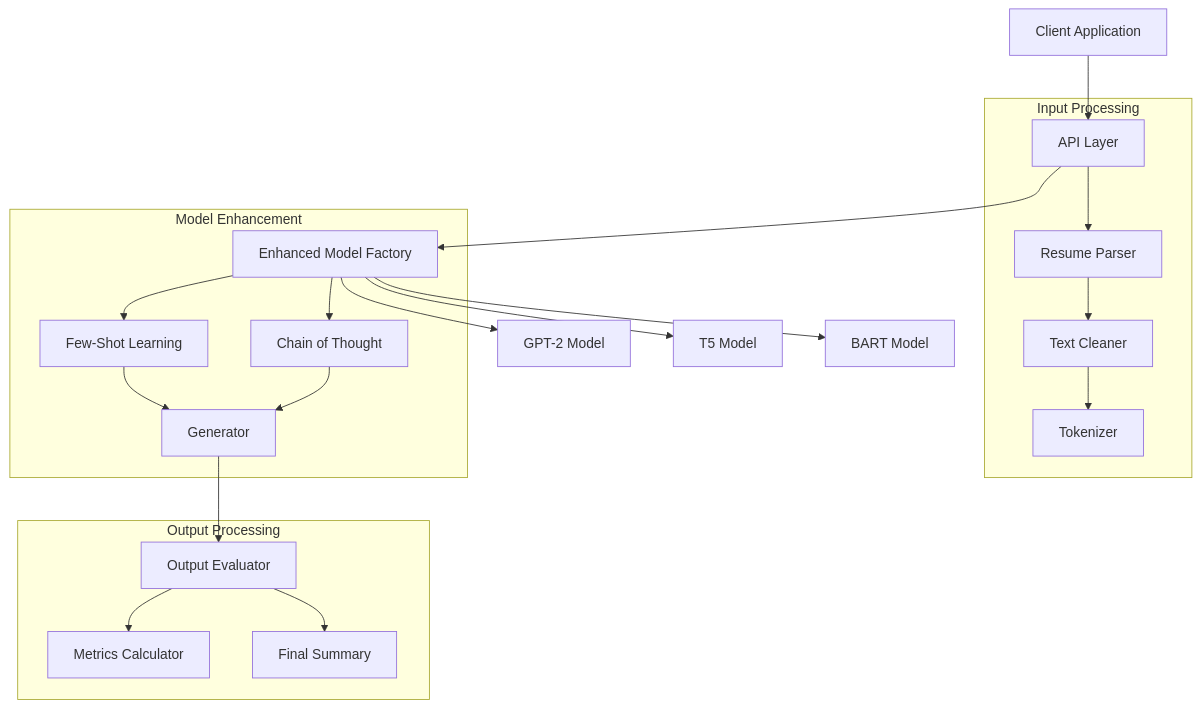
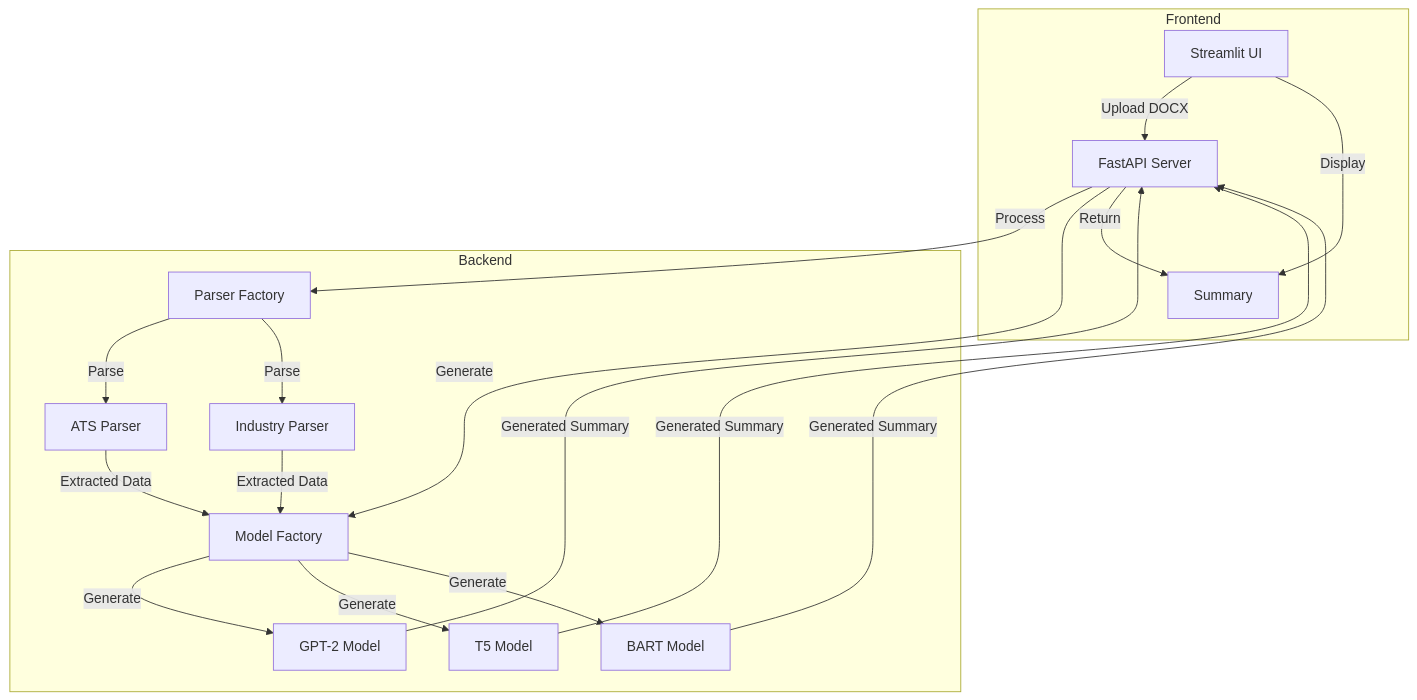
The first of 2 diagrams in README.md (anil14349/resume_ssummarization), drawn with Mermaid before and after one commit. The commit also changed other lines of this file and 11 other files, not shown here.

````diff
--- a/README.md
+++ b/README.md
@@ -7,28 +6,24 @@
 ```mermaid
 graph TD
-    Client[Client Application] --> API[API Layer]
-    API --> ModelFactory[Enhanced Model Factory]
-    
-    ModelFactory --> GPT2[GPT-2 Model]
-    ModelFactory --> T5[T5 Model]
-    ModelFactory --> BART[BART Model]
-    
-    subgraph Input Processing
-        API --> Parser[Resume Parser]
-        Parser --> TextCleaner[Text Cleaner]
-        TextCleaner --> Tokenizer[Tokenizer]
+    subgraph Frontend
+        UI[Streamlit UI] --> |Upload DOCX| API
+        UI --> |Display| Sum[Summary]
     end
     
-    subgraph Model Enhancement
-        ModelFactory --> FewShot[Few-Shot Learning]
-        ModelFactory --> CoT[Chain of Thought]
-        FewShot --> Generator[Generator]
-        CoT --> Generator
+    subgraph Backend
+        API[FastAPI Server] --> |Process| PF[Parser Factory]
+        API --> |Generate| MF[Model Factory]
+        
+        PF --> |Parse| P1[ATS Parser]
+        PF --> |Parse| P2[Industry Parser]
+        
+        MF --> |Generate| M1[GPT-2 Model]
+        MF --> |Generate| M2[T5 Model]
+        MF --> |Generate| M3[BART Model]
+        
+        P1 & P2 --> |Extracted Data| MF
+        M1 & M2 & M3 --> |Generated Summary| API
     end
     
-    subgraph Output Processing
-        Generator --> Evaluator[Output Evaluator]
-        Evaluator --> Metrics[Metrics Calculator]
-        Evaluator --> Summary[Final Summary]
-    end
+    API --> |Return| Sum
 ```
````
